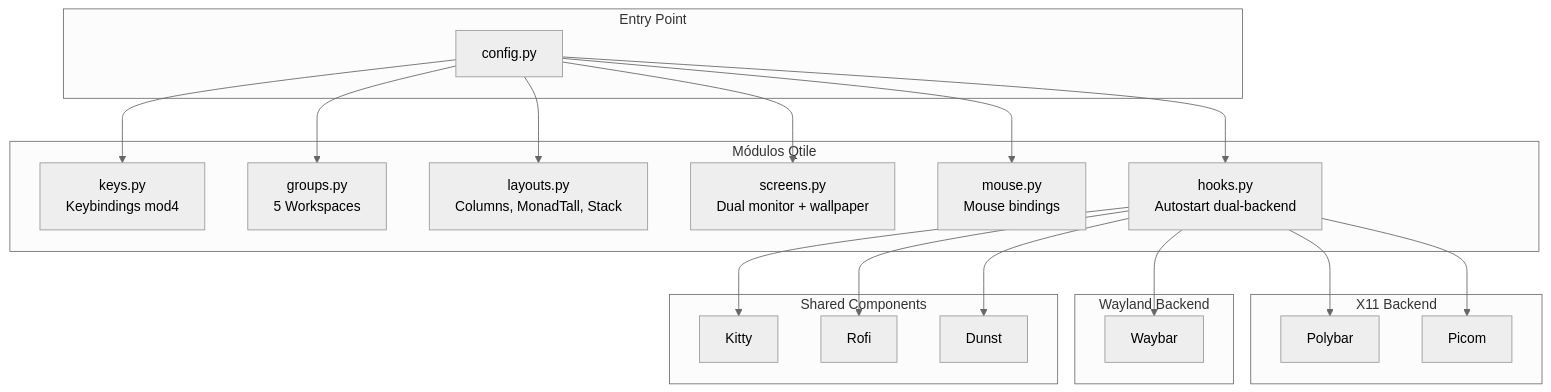
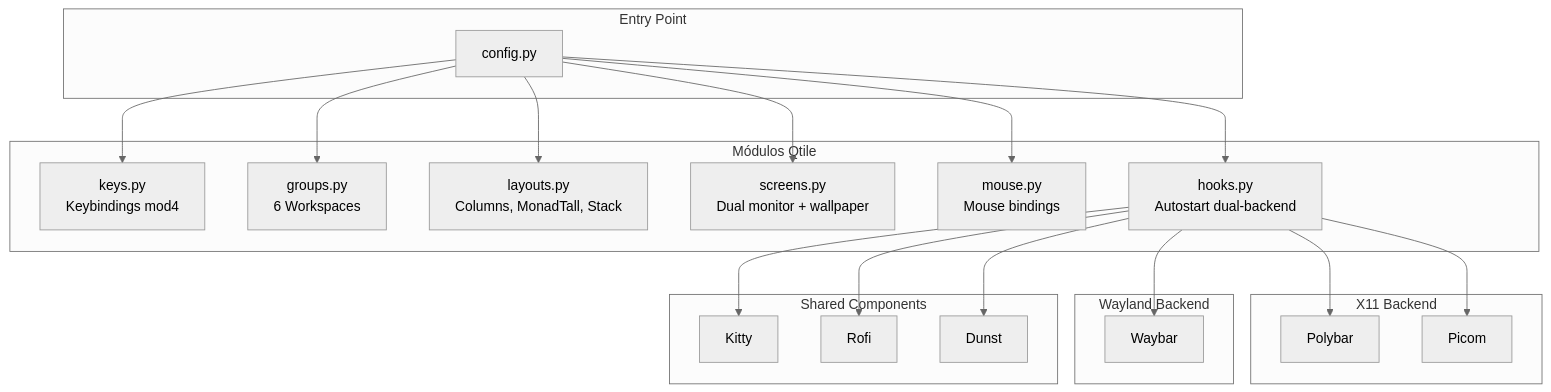
Before and after one commit to D4rkDr4gon/dotfiles: the diagram in docs/configuration/qtile.md, drawn with Mermaid (neutral theme). The commit also changed other lines of this file and 17 other files, not shown here.

````diff
--- a/docs/configuration/qtile.md
+++ b/docs/configuration/qtile.md
@@ -14,43 +14,43 @@
 ```mermaid
 graph TB
     subgraph Entry["Entry Point"]
         CF[config.py]
     end
 
     subgraph Modules["Módulos Qtile"]
         KY[keys.py<br/>Keybindings mod4]
-        GR[groups.py<br/>5 Workspaces]
+        GR[groups.py<br/>6 Workspaces]
         LY[layouts.py<br/>Columns, MonadTall, Stack]
         SC[screens.py<br/>Dual monitor + wallpaper]
         MO[mouse.py<br/>Mouse bindings]
         HK[hooks.py<br/>Autostart dual-backend]
     end
 
     subgraph X11["X11 Backend"]
         PB[Polybar]
         PC[Picom]
     end
 
     subgraph Wayland["Wayland Backend"]
         WB[Waybar]
     end
 
     subgraph Shared["Shared Components"]
         KT[Kitty]
         RF[Rofi]
         DN[Dunst]
     end
 
     CF --> KY
     CF --> GR
     CF --> LY
     CF --> SC
     CF --> MO
     CF --> HK
     HK --> PB
     HK --> PC
     HK --> WB
     HK --> KT
     HK --> RF
     HK --> DN
 ```
````
